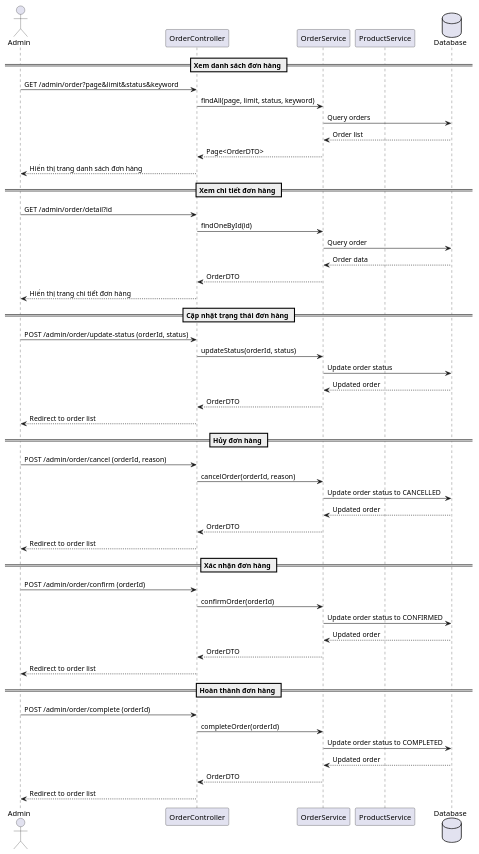
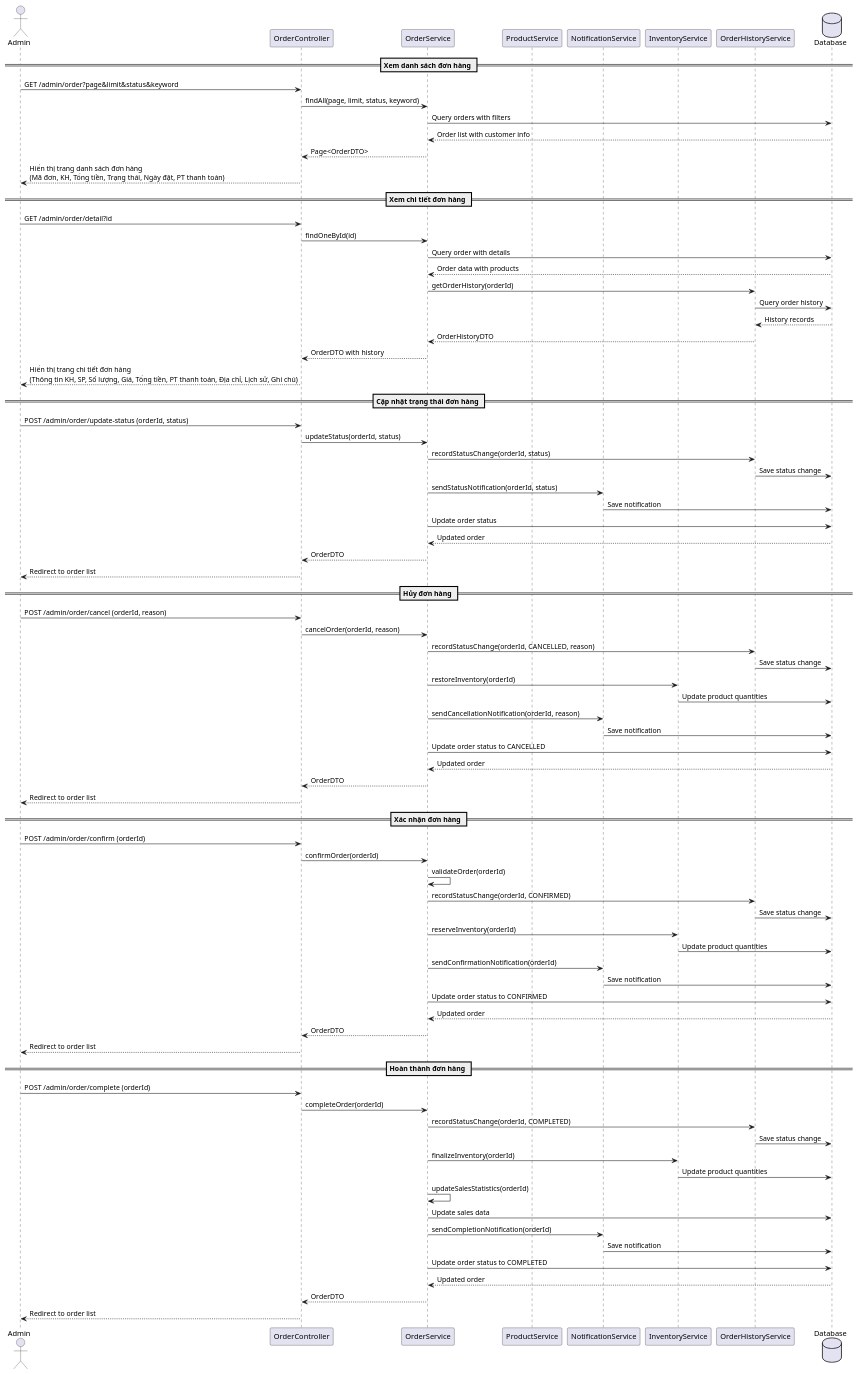
Before and after one commit to ThanhCao18/ChronoLuxWebsite: the diagram in docs/design/sequence-diagrams/order-management-sequence.puml, drawn with PlantUML. The commit also changed 16 other files, not shown here.

```diff
--- a/docs/design/sequence-diagrams/order-management-sequence.puml
+++ b/docs/design/sequence-diagrams/order-management-sequence.puml
@@ -1,57 +1,89 @@
 @startuml Order Management Sequence Diagram
 
 actor Admin
 participant "OrderController" as OC
 participant "OrderService" as OS
 participant "ProductService" as PS
+participant "NotificationService" as NS
+participant "InventoryService" as IS
+participant "OrderHistoryService" as OHS
 database "Database" as DB
 
 == Xem danh sách đơn hàng ==
 Admin -> OC: GET /admin/order?page&limit&status&keyword
 OC -> OS: findAll(page, limit, status, keyword)
-OS -> DB: Query orders
-DB --> OS: Order list
+OS -> DB: Query orders with filters
+DB --> OS: Order list with customer info
 OS --> OC: Page<OrderDTO>
-OC --> Admin: Hiển thị trang danh sách đơn hàng
+OC --> Admin: Hiển thị trang danh sách đơn hàng\n(Mã đơn, KH, Tổng tiền, Trạng thái, Ngày đặt, PT thanh toán)
 
 == Xem chi tiết đơn hàng ==
 Admin -> OC: GET /admin/order/detail?id
 OC -> OS: findOneById(id)
-OS -> DB: Query order
-DB --> OS: Order data
-OS --> OC: OrderDTO
-OC --> Admin: Hiển thị trang chi tiết đơn hàng
+OS -> DB: Query order with details
+DB --> OS: Order data with products
+OS -> OHS: getOrderHistory(orderId)
+OHS -> DB: Query order history
+DB --> OHS: History records
+OHS --> OS: OrderHistoryDTO
+OS --> OC: OrderDTO with history
+OC --> Admin: Hiển thị trang chi tiết đơn hàng\n(Thông tin KH, SP, Số lượng, Giá, Tổng tiền, PT thanh toán, Địa chỉ, Lịch sử, Ghi chú)
 
 == Cập nhật trạng thái đơn hàng ==
 Admin -> OC: POST /admin/order/update-status (orderId, status)
 OC -> OS: updateStatus(orderId, status)
+OS -> OHS: recordStatusChange(orderId, status)
+OHS -> DB: Save status change
+OS -> NS: sendStatusNotification(orderId, status)
+NS -> DB: Save notification
 OS -> DB: Update order status
 DB --> OS: Updated order
 OS --> OC: OrderDTO
 OC --> Admin: Redirect to order list
 
 == Hủy đơn hàng ==
 Admin -> OC: POST /admin/order/cancel (orderId, reason)
 OC -> OS: cancelOrder(orderId, reason)
+OS -> OHS: recordStatusChange(orderId, CANCELLED, reason)
+OHS -> DB: Save status change
+OS -> IS: restoreInventory(orderId)
+IS -> DB: Update product quantities
+OS -> NS: sendCancellationNotification(orderId, reason)
+NS -> DB: Save notification
 OS -> DB: Update order status to CANCELLED
 DB --> OS: Updated order
 OS --> OC: OrderDTO
 OC --> Admin: Redirect to order list
 
 == Xác nhận đơn hàng ==
 Admin -> OC: POST /admin/order/confirm (orderId)
 OC -> OS: confirmOrder(orderId)
+OS -> OS: validateOrder(orderId)
+OS -> OHS: recordStatusChange(orderId, CONFIRMED)
+OHS -> DB: Save status change
+OS -> IS: reserveInventory(orderId)
+IS -> DB: Update product quantities
+OS -> NS: sendConfirmationNotification(orderId)
+NS -> DB: Save notification
 OS -> DB: Update order status to CONFIRMED
 DB --> OS: Updated order
 OS --> OC: OrderDTO
 OC --> Admin: Redirect to order list
 
 == Hoàn thành đơn hàng ==
 Admin -> OC: POST /admin/order/complete (orderId)
 OC -> OS: completeOrder(orderId)
+OS -> OHS: recordStatusChange(orderId, COMPLETED)
+OHS -> DB: Save status change
+OS -> IS: finalizeInventory(orderId)
+IS -> DB: Update product quantities
+OS -> OS: updateSalesStatistics(orderId)
+OS -> DB: Update sales data
+OS -> NS: sendCompletionNotification(orderId)
+NS -> DB: Save notification
 OS -> DB: Update order status to COMPLETED
 DB --> OS: Updated order
 OS --> OC: OrderDTO
 OC --> Admin: Redirect to order list
 
 @enduml 
```
